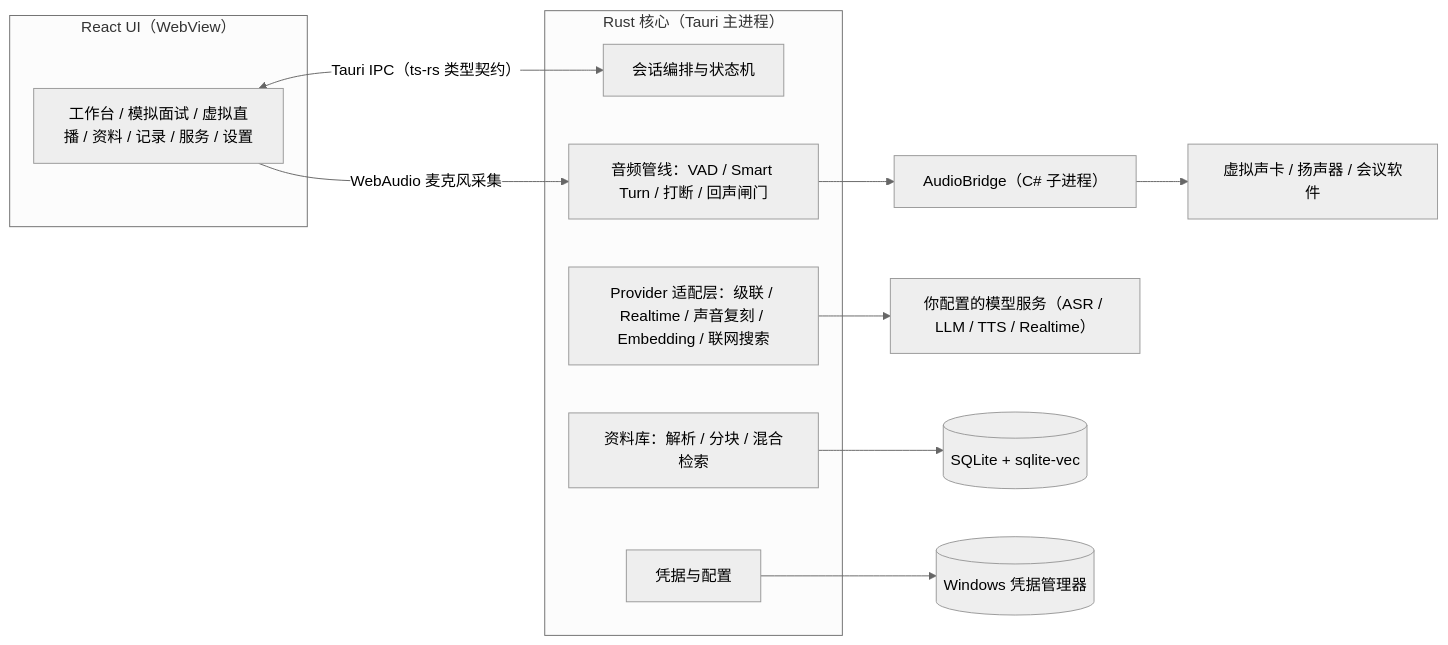
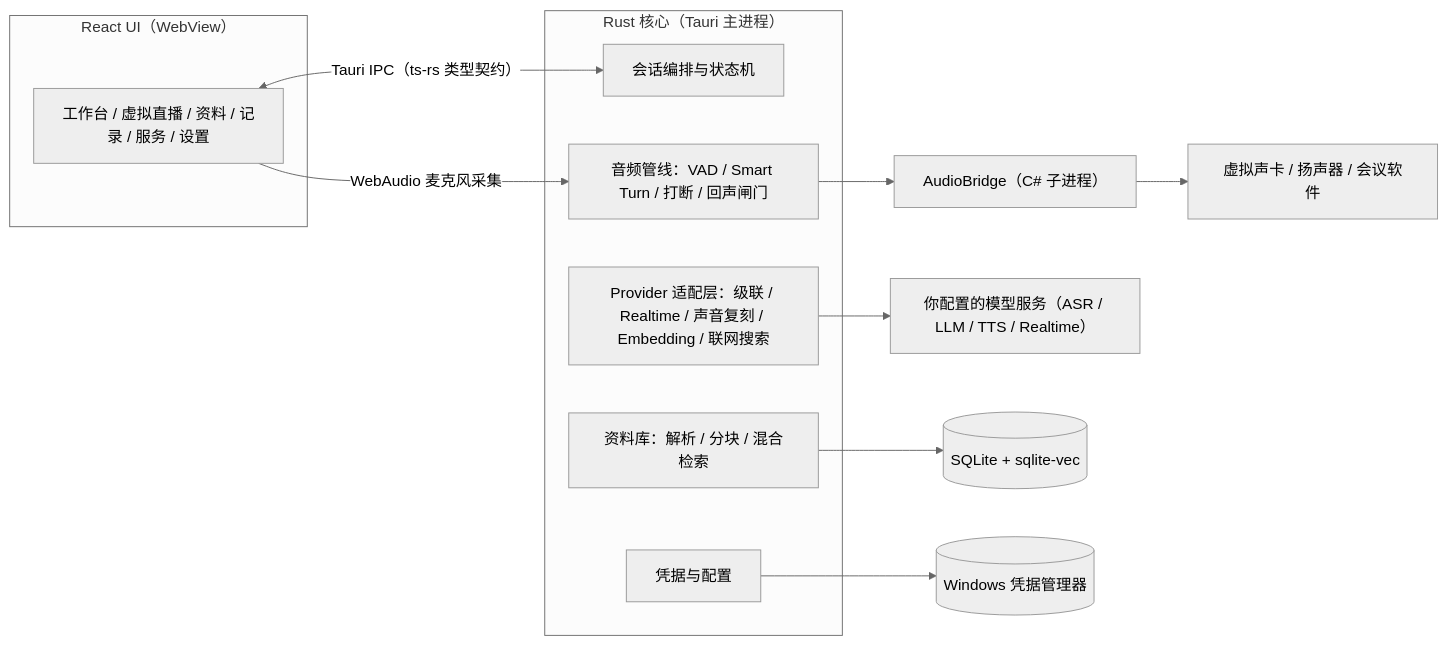
The diagram in README.md (NotIntoSports/RoleAI), drawn with Mermaid (neutral theme) before and after one commit. The commit also changed other lines of this file and 18 other files, not shown here.

````diff
--- a/README.md
+++ b/README.md
@@ -119,20 +106,20 @@
 ```mermaid
 flowchart LR
     subgraph UI["React UI（WebView）"]
-        P["工作台 / 模拟面试 / 虚拟直播 / 资料 / 记录 / 服务 / 设置"]
+        P["工作台 / 虚拟直播 / 资料 / 记录 / 服务 / 设置"]
     end
     P <-->|"Tauri IPC（ts-rs 类型契约）"| C
     subgraph Core["Rust 核心（Tauri 主进程）"]
         C["会话编排与状态机"]
         A["音频管线：VAD / Smart Turn / 打断 / 回声闸门"]
         PV["Provider 适配层：级联 / Realtime / 声音复刻 / Embedding / 联网搜索"]
         M["资料库：解析 / 分块 / 混合检索"]
         S["凭据与配置"]
     end
     A --> AB["AudioBridge（C# 子进程）"]
     P -->|"WebAudio 麦克风采集"| A
     AB --> DEV["虚拟声卡 / 扬声器 / 会议软件"]
     PV --> API["你配置的模型服务（ASR / LLM / TTS / Realtime）"]
     M --> DB[("SQLite + sqlite-vec")]
     S --> CM[("Windows 凭据管理器")]
 ```
````
